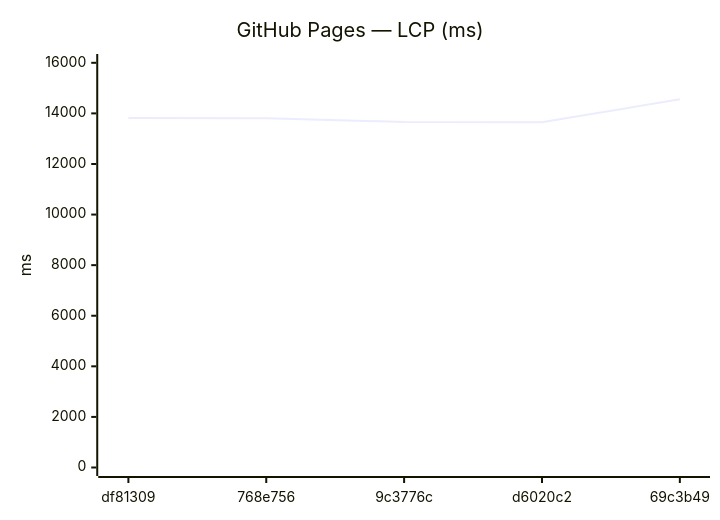
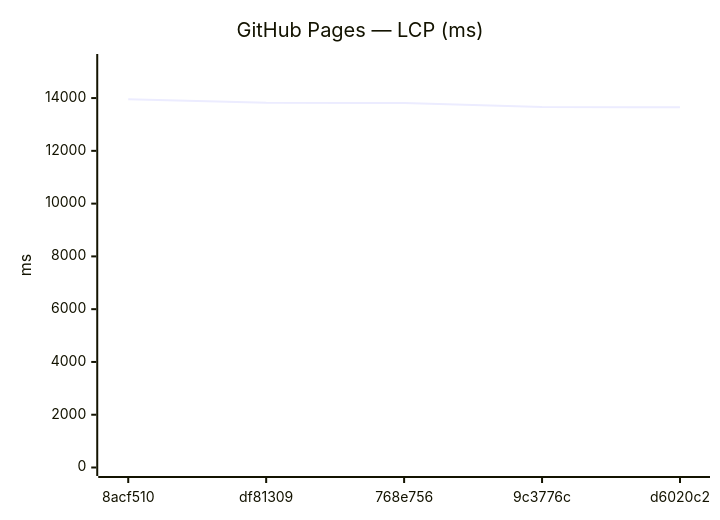
Before and after one commit to Metaheurist/Rianell: the ninth of 18 diagrams in benchmarks/compare.md, drawn with Mermaid. The commit also changed other lines of this file and 11 other files, not shown here.

````diff
--- a/benchmarks/compare.md
+++ b/benchmarks/compare.md
@@ -142,7 +142,7 @@
 ```mermaid
 xychart-beta
     title "GitHub Pages — LCP (ms)"
-    x-axis ["df81309", "768e756", "9c3776c", "d6020c2", "69c3b49"]
-    y-axis "ms" 0 --> 16012
-    line [13820, 13811, 13660, 13653, 14556]
+    x-axis ["8acf510", "df81309", "768e756", "9c3776c", "d6020c2"]
+    y-axis "ms" 0 --> 15348
+    line [13952, 13820, 13811, 13660, 13653]
 ```
````
